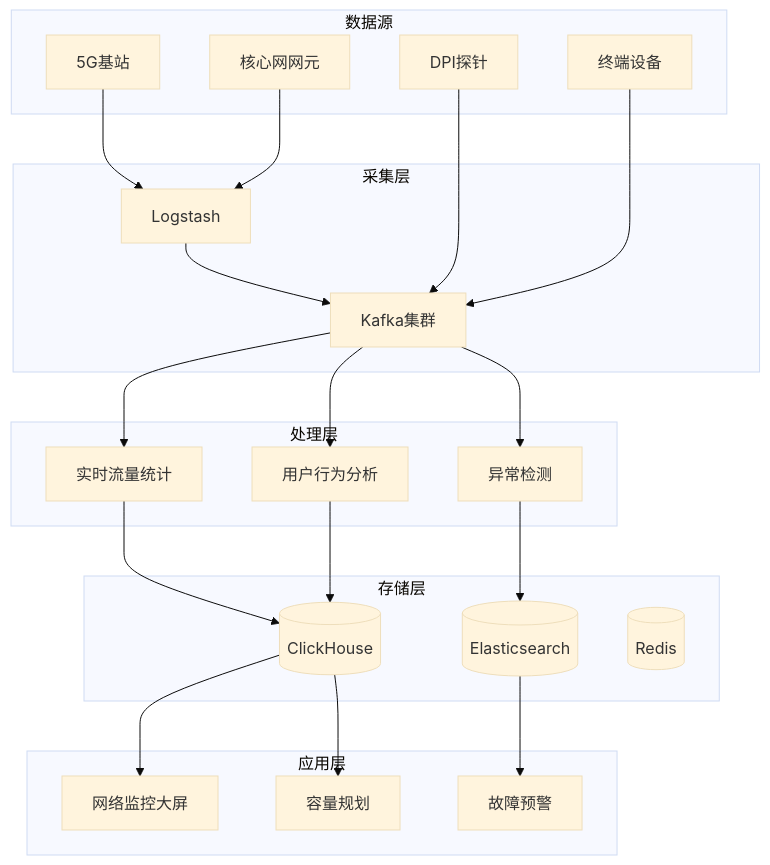
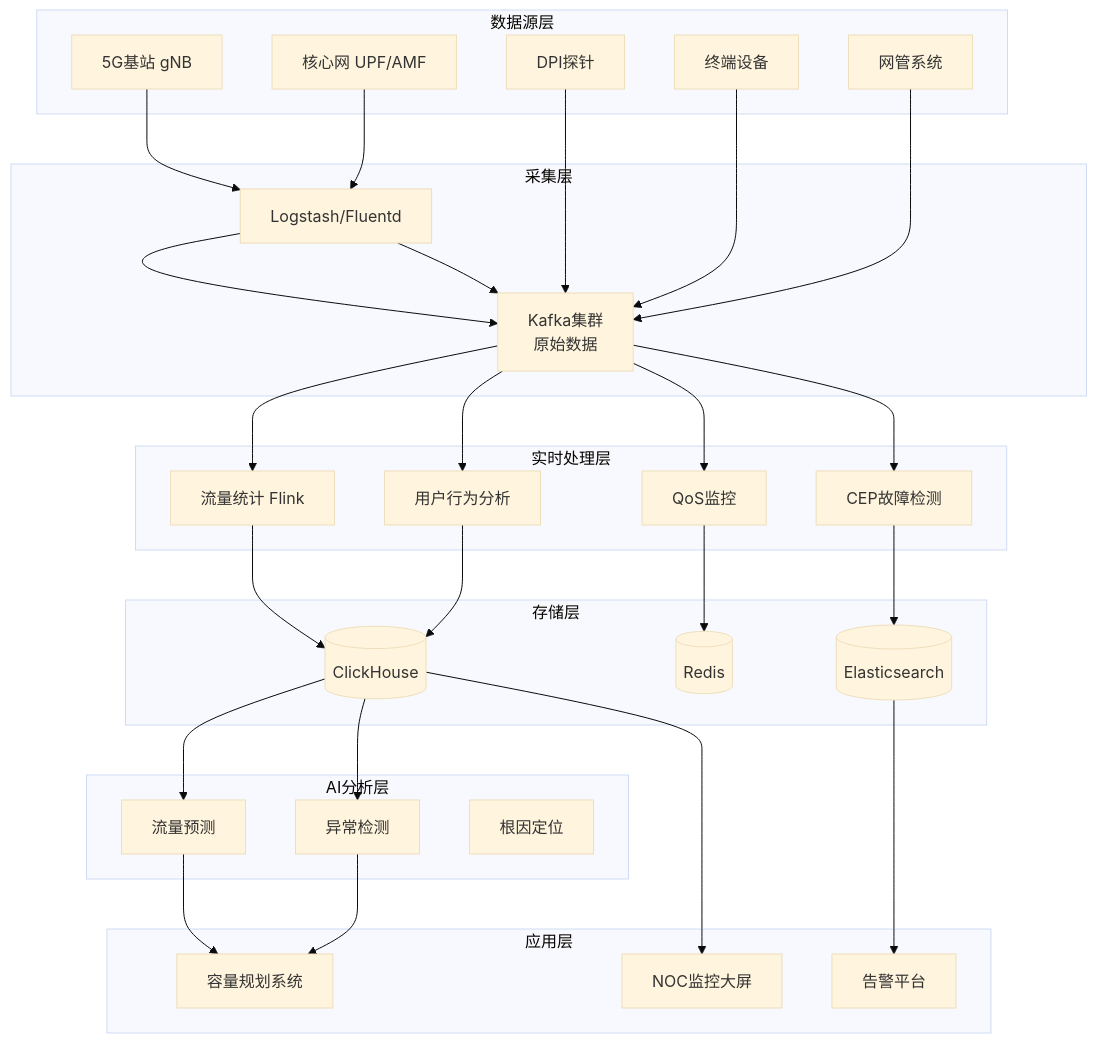
Before and after one commit to AdaMartin18010/AnalysisDataFlow: the diagram in phase2-case-studies/telecom/11.9.1-network-traffic.md, drawn with Mermaid (base theme). The commit also changed other lines of this file and 254 other files, not shown here.

````diff
--- a/phase2-case-studies/telecom/11.9.1-network-traffic.md
+++ b/phase2-case-studies/telecom/11.9.1-network-traffic.md
@@ -45,41 +143,47 @@
 ```mermaid
 graph TB
-    subgraph Sources[数据源]
-        S1[5G基站]
-        S2[核心网网元]
+    subgraph Source[数据源层]
+        S1[5G基站 gNB]
+        S2[核心网 UPF/AMF]
         S3[DPI探针]
         S4[终端设备]
+        S5[网管系统]
     end
-
     subgraph Collection[采集层]
-        K1[Kafka集群]
-        L1[Logstash]
+        L1[Logstash/Fluentd]
+        K0[Kafka集群<br/>原始数据]
     end
-
-    subgraph Processing[处理层]
-        F1[实时流量统计]
+    subgraph Flink[实时处理层]
+        F1[流量统计 Flink]
         F2[用户行为分析]
-        F3[异常检测]
+        F3[QoS监控]
+        F4[CEP故障检测]
     end
-
+    subgraph AI[AI分析层]
+        A1[流量预测]
+        A2[异常检测]
+        A3[根因定位]
+    end
     subgraph Storage[存储层]
         CH[(ClickHouse)]
         ES[(Elasticsearch)]
         R[(Redis)]
     end
+    subgraph App[应用层]
+        APP1[NOC监控大屏]
+        APP2[告警平台]
+        APP3[容量规划系统]
+    end
+    S1 --> L1 --> K0
+    S2 --> L1 --> K0
+    S3 --> K0
+    S4 --> K0
+    S5 --> K0
+    K0 --> F1 --> CH
+    K0 --> F2 --> CH
+    K0 --> F3 --> R
+    K0 --> F4 --> ES --> APP2
+    CH --> A1 & A2 --> APP3
+    CH --> APP1
 
-    subgraph Application[应用层]
-        A1[网络监控大屏]
-        A2[故障预警]
-        A3[容量规划]
-    end
-
-    S1 --> L1 --> K1 --> F1 & F2
-    S2 --> L1
-    S3 --> K1 --> F3
-    S4 --> K1
-    F1 --> CH
-    F2 --> CH
-    F3 --> ES --> A2
-    CH --> A1 & A3
 ```
````
